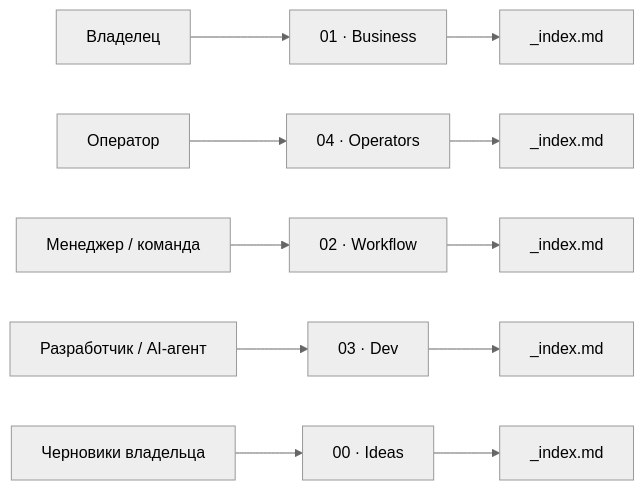
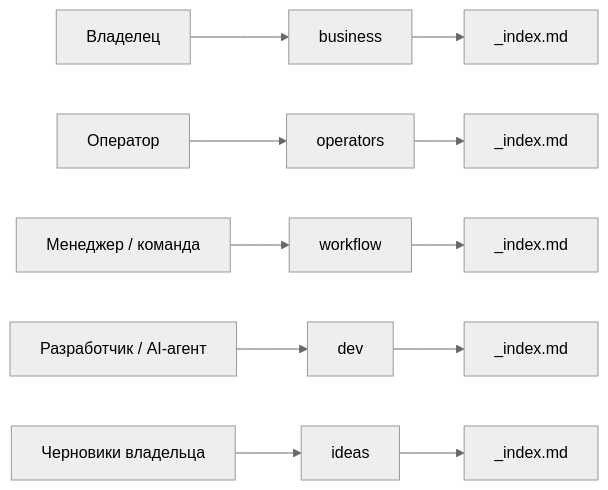
One commit to axiomasoft/agelto changed the diagram in docs/index.md. Above: the diagram before and after it, drawn with Mermaid (neutral theme). The commit also changed other lines of this file and 181 other files, not shown here.

````diff
--- a/docs/index.md
+++ b/docs/index.md
@@ -35,13 +35,13 @@
 ```mermaid
 flowchart LR
-    Owner[Владелец] --> Business[01 · Business]
-    Operator[Оператор] --> Operators[04 · Operators]
-    Shared[Менеджер / команда] --> Workflow[02 · Workflow]
-    Developer[Разработчик / AI-агент] --> Dev[03 · Dev]
-    Ideas[Черновики владельца] --> IdeasIndex[00 · Ideas]
+    Owner[Владелец] --> Business[business]
+    Operator[Оператор] --> Operators[operators]
+    Shared[Менеджер / команда] --> Workflow[workflow]
+    Developer[Разработчик / AI-агент] --> Dev[dev]
+    Ideas[Черновики владельца] --> IdeasIndex[ideas]
     Business --> BusinessEntry[_index.md]
     Workflow --> WorkflowEntry[_index.md]
     Dev --> DevEntry[_index.md]
     Operators --> OperatorsEntry[_index.md]
     IdeasIndex --> IdeasEntry[_index.md]
 ```
````
